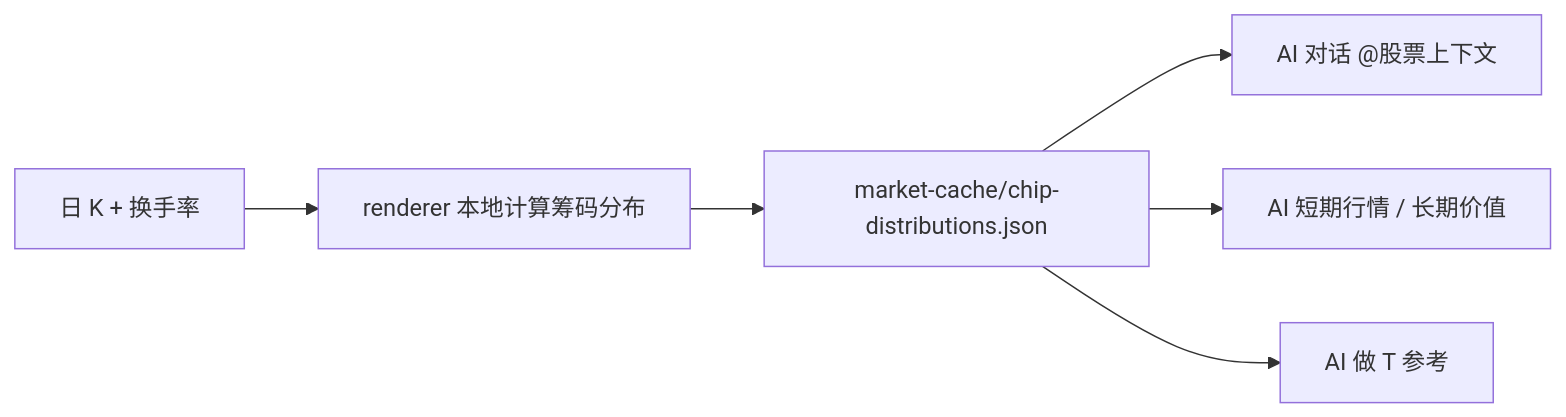
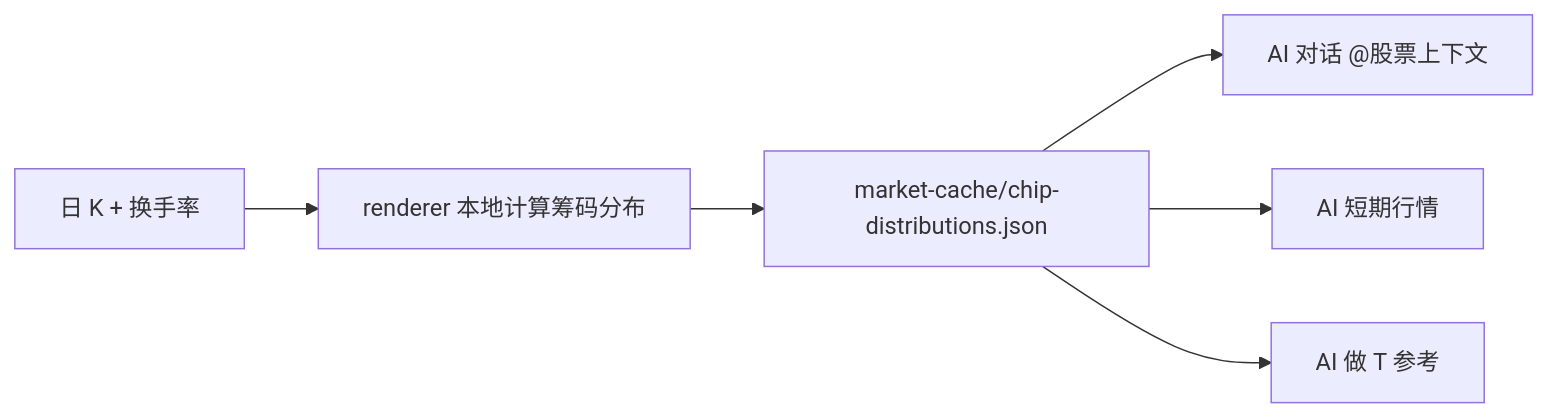
Before and after one commit to SingleOne/JianZhang: the second of 2 diagrams in docs/wiki/08-ai-extension-points.md, drawn with Mermaid. The commit also changed other lines of this file and 14 other files, not shown here.

````diff
--- a/docs/wiki/08-ai-extension-points.md
+++ b/docs/wiki/08-ai-extension-points.md
@@ -143,8 +143,8 @@
 ```mermaid
 flowchart LR
     DAILY["日 K + 换手率"] --> CALC["renderer 本地计算筹码分布"]
     CALC --> CACHE["market-cache/chip-distributions.json"]
     CACHE --> CHAT["AI 对话 @股票上下文"]
-    CACHE --> ANALYSIS["AI 短期行情 / 长期价值"]
+    CACHE --> ANALYSIS["AI 短期行情"]
     CACHE --> ADVICE["AI 做 T 参考"]
 ```
````
